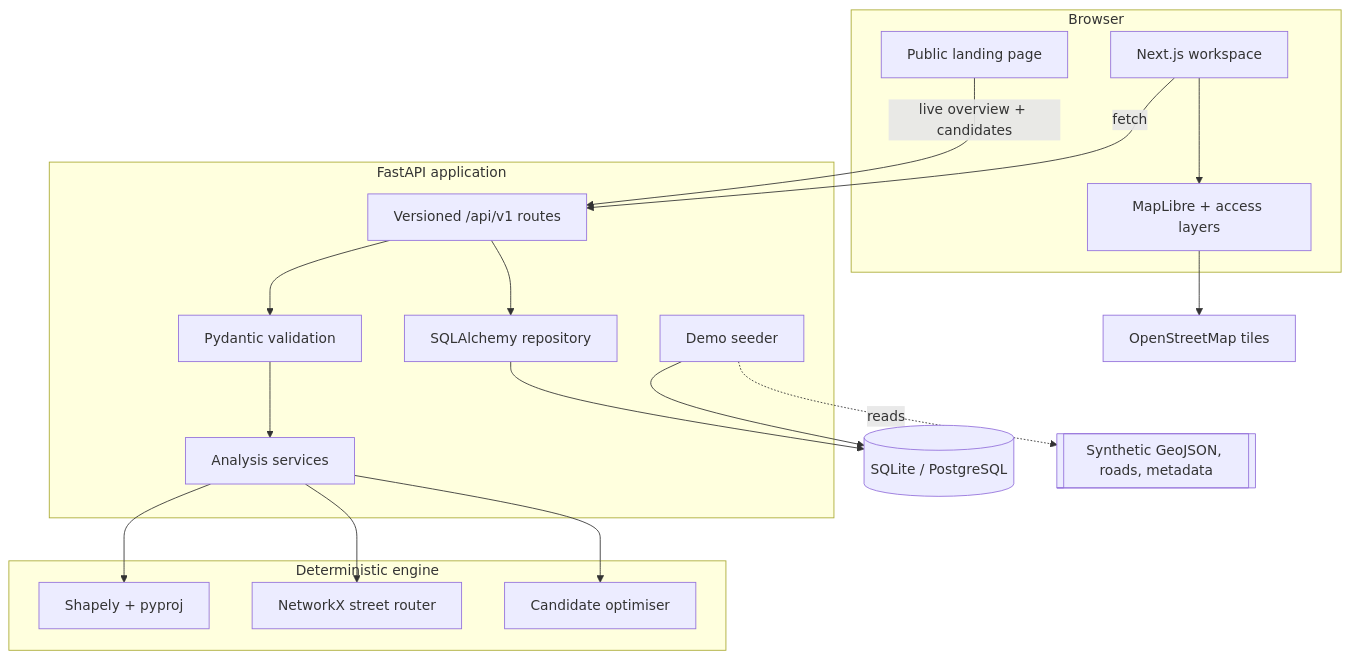
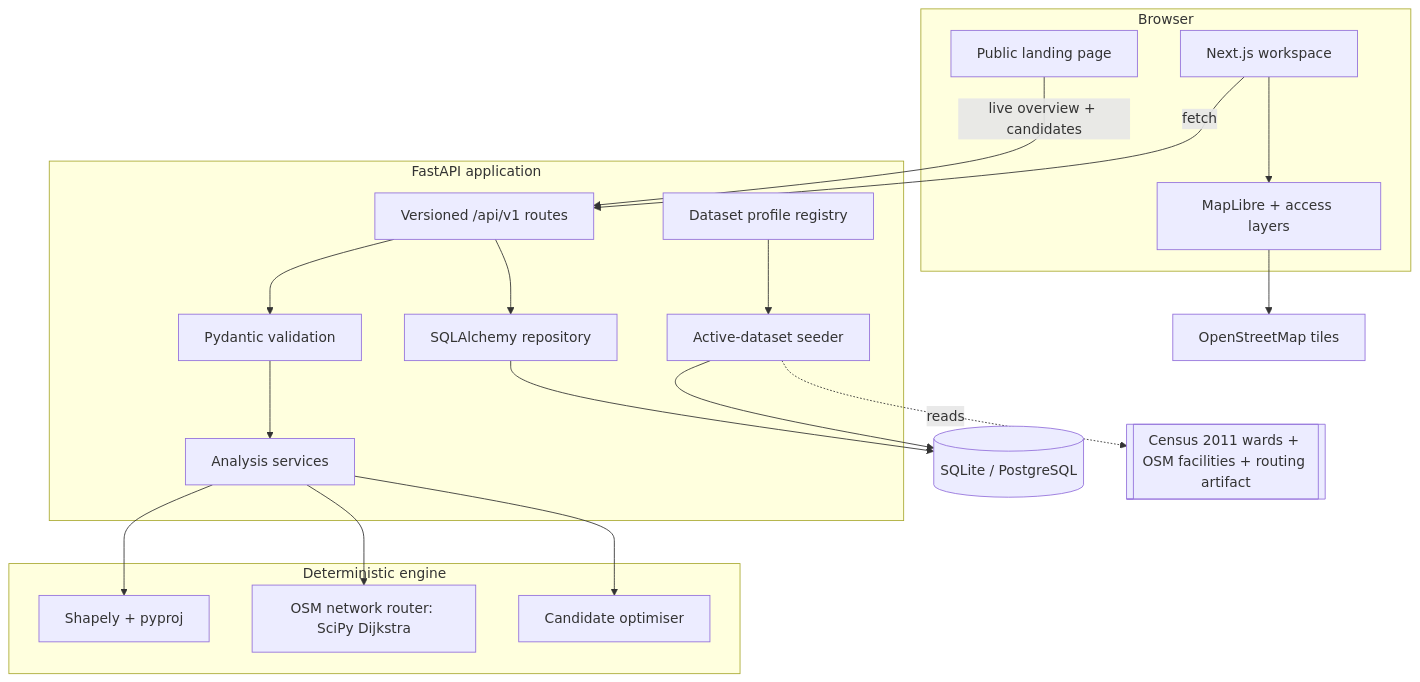
The first of 3 diagrams in docs/architecture.md (BinarySpecter/CareGap), drawn with Mermaid before and after one commit. The commit also changed other lines of this file and 92 other files, not shown here.

````diff
--- a/docs/architecture.md
+++ b/docs/architecture.md
@@ -10,35 +10,37 @@
 ```mermaid
 flowchart TB
   subgraph Browser
     L[Public landing page]
     W[Next.js workspace]
     M[MapLibre + access layers]
   end
   subgraph API[FastAPI application]
     R[Versioned /api/v1 routes]
     V[Pydantic validation]
     S[Analysis services]
     D[SQLAlchemy repository]
-    Seed[Demo seeder]
+    Seed[Active-dataset seeder]
+    Reg[Dataset profile registry]
   end
   subgraph Engine[Deterministic engine]
     Geo[Shapely + pyproj]
-    Router[NetworkX street router]
+    Router[OSM network router: SciPy Dijkstra]
     Rec[Candidate optimiser]
   end
   DB[(SQLite / PostgreSQL)]
-  Files[[Synthetic GeoJSON, roads, metadata]]
+  Release[[Census 2011 wards + OSM facilities + routing artifact]]
   Tiles[OpenStreetMap tiles]
 
   L -->|live overview + candidates| R
   W -->|fetch| R
   W --> M
   M --> Tiles
   R --> V --> S
   S --> Geo
   S --> Router
   S --> Rec
   R --> D --> DB
   Seed --> DB
-  Seed -.reads.-> Files
+  Reg --> Seed
+  Seed -.reads.-> Release
 ```
````
